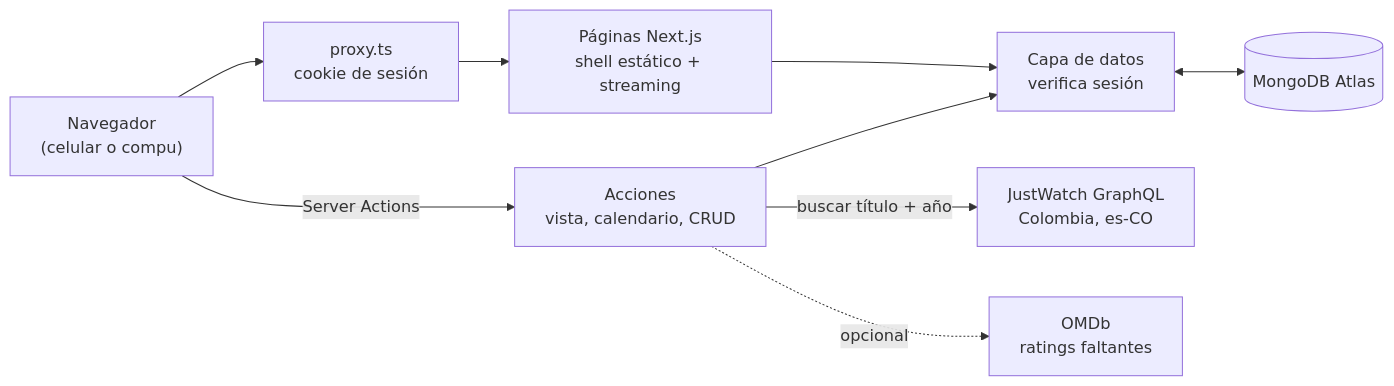
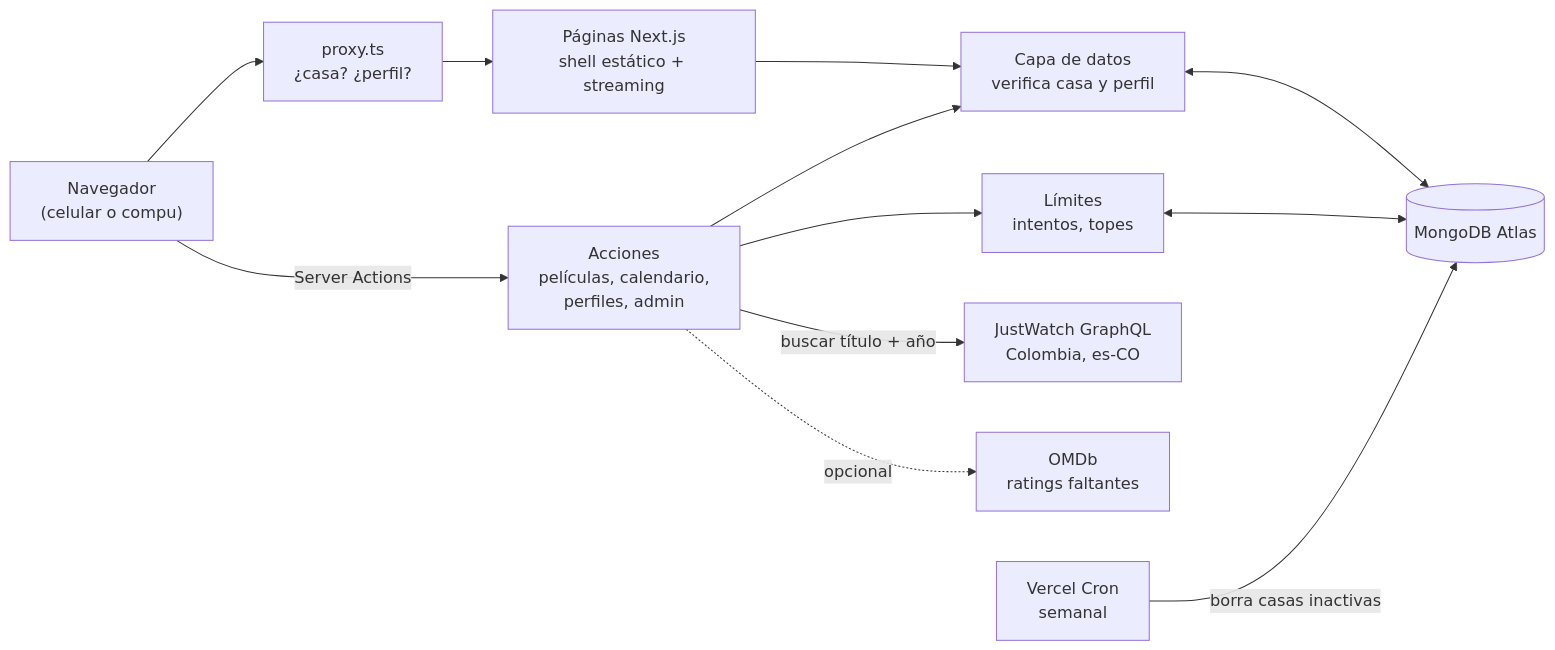
Before and after one commit to Jvrmmora/christmas-movies-select: the first of 3 diagrams in README.md, drawn with Mermaid. The commit also changed other lines of this file and 81 other files, not shown here.

````diff
--- a/README.md
+++ b/README.md
@@ -64,11 +98,14 @@
 ```mermaid
 flowchart LR
-  U["Navegador<br/>(celular o compu)"] --> P["proxy.ts<br/>cookie de sesión"]
+  U["Navegador<br/>(celular o compu)"] --> P["proxy.ts<br/>¿casa? ¿perfil?"]
   P --> RSC["Páginas Next.js<br/>shell estático + streaming"]
-  U -->|"Server Actions"| SA["Acciones<br/>vista, calendario, CRUD"]
-  RSC --> DAL["Capa de datos<br/>verifica sesión"]
+  U -->|"Server Actions"| SA["Acciones<br/>películas, calendario,<br/>perfiles, admin"]
+  RSC --> DAL["Capa de datos<br/>verifica casa y perfil"]
   SA --> DAL
+  SA --> RL["Límites<br/>intentos, topes"]
   DAL <--> DB[("MongoDB Atlas")]
+  RL <--> DB
   SA -->|"buscar título + año"| JW["JustWatch GraphQL<br/>Colombia, es-CO"]
   SA -.->|"opcional"| OM["OMDb<br/>ratings faltantes"]
+  CR["Vercel Cron<br/>semanal"] -->|"borra casas inactivas"| DB
 ```
````
